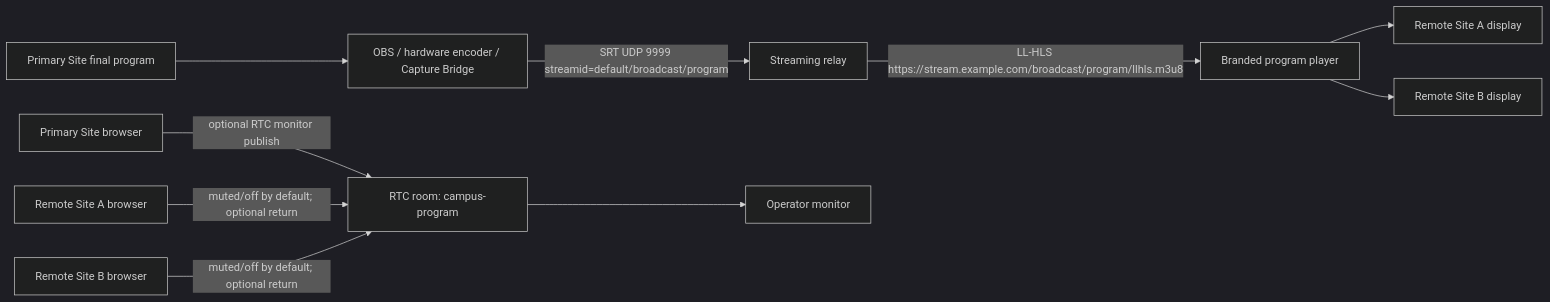
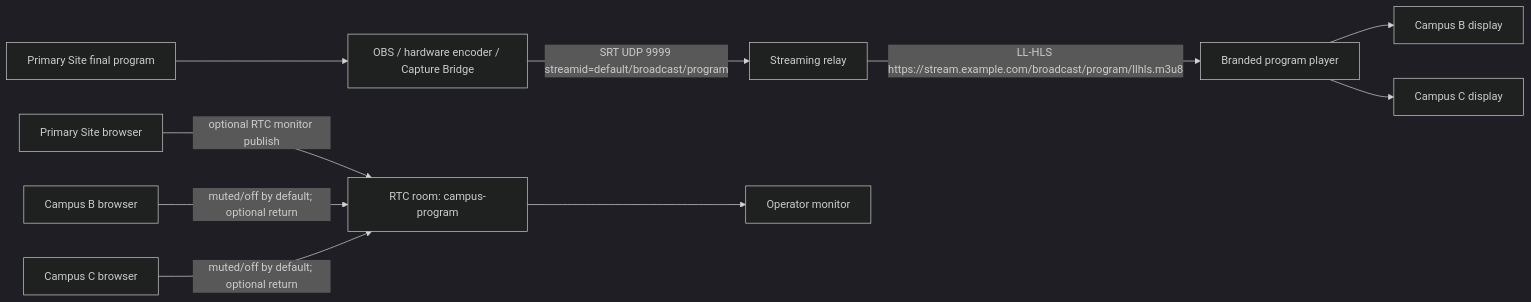
Before and after one commit to samarun/campus-connect: the second of 2 diagrams in docs/SIGNAL_FLOW.md, drawn with Mermaid (dark theme). The commit also changed other lines of this file and 13 other files, not shown here.

````diff
--- a/docs/SIGNAL_FLOW.md
+++ b/docs/SIGNAL_FLOW.md
@@ -20,12 +20,12 @@
 ```mermaid
 flowchart LR
   Program["Primary Site final program"] --> Enc["OBS / hardware encoder / Capture Bridge"]
   Enc -->|"SRT UDP 9999 streamid=default/broadcast/program"| Relay["Streaming relay"]
   Relay -->|"LL-HLS https://stream.example.com/broadcast/program/llhls.m3u8"| Player["Branded program player"]
-  Player --> RemoteA["Remote Site A display"]
-  Player --> RemoteB["Remote Site B display"]
+  Player --> RemoteA["Campus B display"]
+  Player --> RemoteB["Campus C display"]
   PrimaryBrowser["Primary Site browser"] -->|"optional RTC monitor publish"| ProgramRoom["RTC room: campus-program"]
-  RemoteAConsole["Remote Site A browser"] -->|"muted/off by default; optional return"| ProgramRoom
-  RemoteBConsole["Remote Site B browser"] -->|"muted/off by default; optional return"| ProgramRoom
+  RemoteAConsole["Campus B browser"] -->|"muted/off by default; optional return"| ProgramRoom
+  RemoteBConsole["Campus C browser"] -->|"muted/off by default; optional return"| ProgramRoom
   ProgramRoom --> Operator["Operator monitor"]
 ```
````
